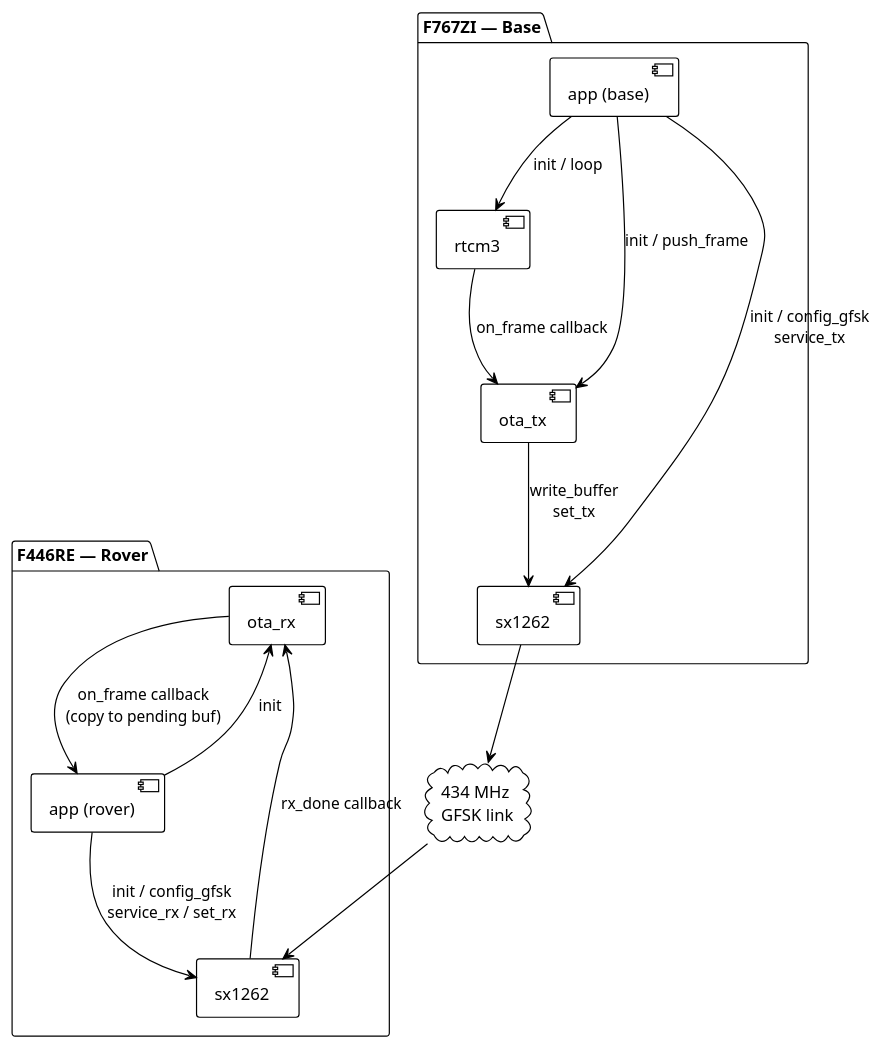
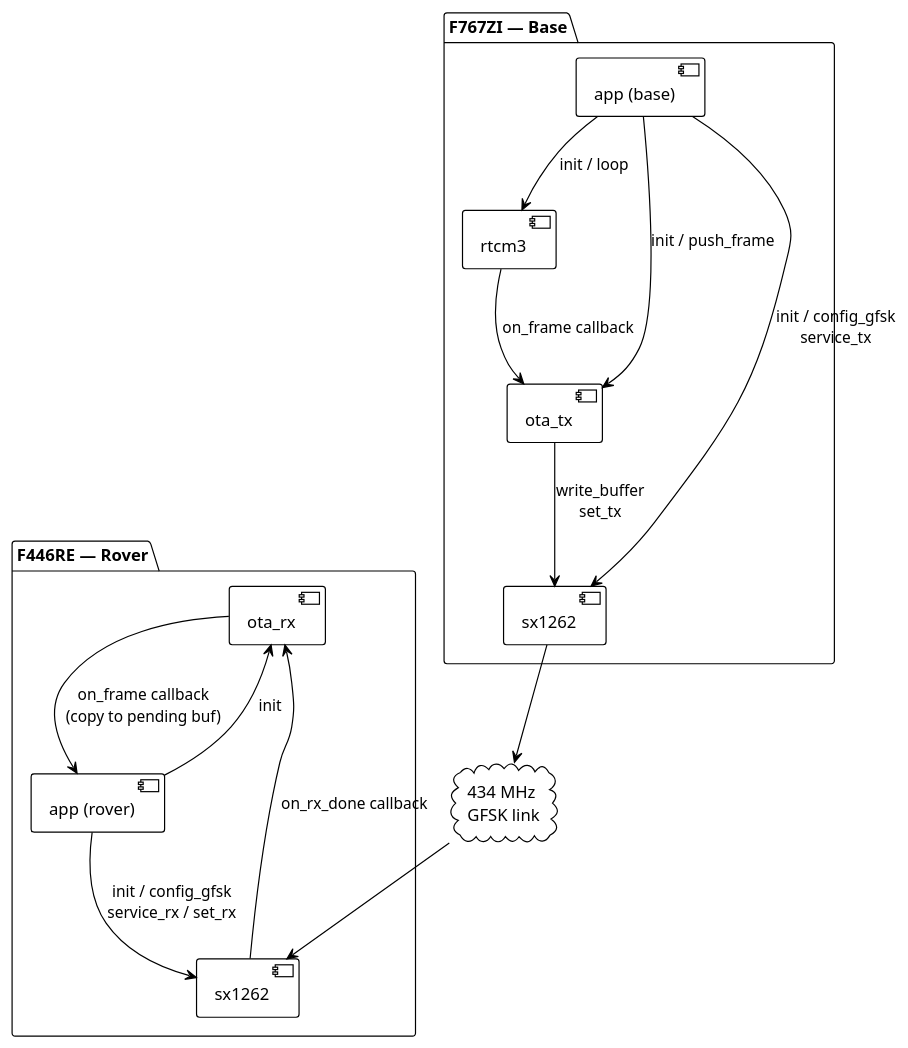
One commit to GM4AJK/gps-staff changed the second of 2 diagrams in docs/arch/README.md. Above: the diagram before and after it, drawn with PlantUML. The commit also changed 3 other files, not shown here.

````diff
--- a/docs/arch/README.md
+++ b/docs/arch/README.md
@@ -60,35 +60,35 @@
 ```plantuml
 @startuml firmware-modules
 !theme plain
 
 package "F767ZI — Base" {
   component [rtcm3] as rtcm3_b
   component [ota_tx] as ota_tx
   component [sx1262] as sx1262_b
   component [app (base)] as app_b
 
   app_b --> rtcm3_b : init / loop
   app_b --> ota_tx  : init / push_frame
   app_b --> sx1262_b : init / config_gfsk\nservice_tx
   rtcm3_b --> ota_tx : on_frame callback
   ota_tx --> sx1262_b : write_buffer\nset_tx
 }
 
 package "F446RE — Rover" {
   component [ota_rx] as ota_rx
   component [sx1262] as sx1262_r
   component [app (rover)] as app_r
 
   app_r --> ota_rx   : init
   app_r --> sx1262_r : init / config_gfsk\nservice_rx / set_rx
-  sx1262_r --> ota_rx : rx_done callback
+  sx1262_r --> ota_rx : on_rx_done callback
   ota_rx --> app_r   : on_frame callback\n(copy to pending buf)
 }
 
 cloud "434 MHz\nGFSK link" as air
 
 sx1262_b --> air
 air --> sx1262_r
 
 @enduml
 ```
````
